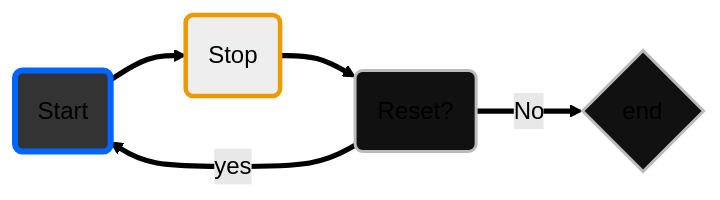
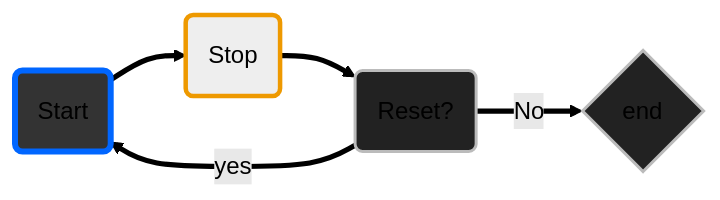
The third of 3 diagrams in Documentation/diagram_with_mermaid.md (PanGalacticTech/ISOpower), drawn with Mermaid (forest theme) before and after one commit.

````diff
--- a/Documentation/diagram_with_mermaid.md
+++ b/Documentation/diagram_with_mermaid.md
@@ -46,13 +46,13 @@
 ```mermaid
 graph LR
 %% This is a comment 
 A(Start):::darkBlue ==>B(Stop):::brightOrange;
-B(Stop) ==> C(Reset?);
+B(Stop):::brightOrange ==> C(Reset?);
 C(Reset?) == yes ==> A;
 C(Reset?) == No ==>D{end}
 
 classDef darkBlue fill:#333,stroke:#06f,stroke-width:4px;
 classDef brightOrange fill:#eee,stroke:#e90,stroke-width:3px;
-classDef default fill:#111,stroke:#bbb,stroke-width:2px;
+classDef default fill:#222,stroke:#bbb,stroke-width:2px;
 %%class nodeId1, nodeId2 darkBlue;
 ```
````
